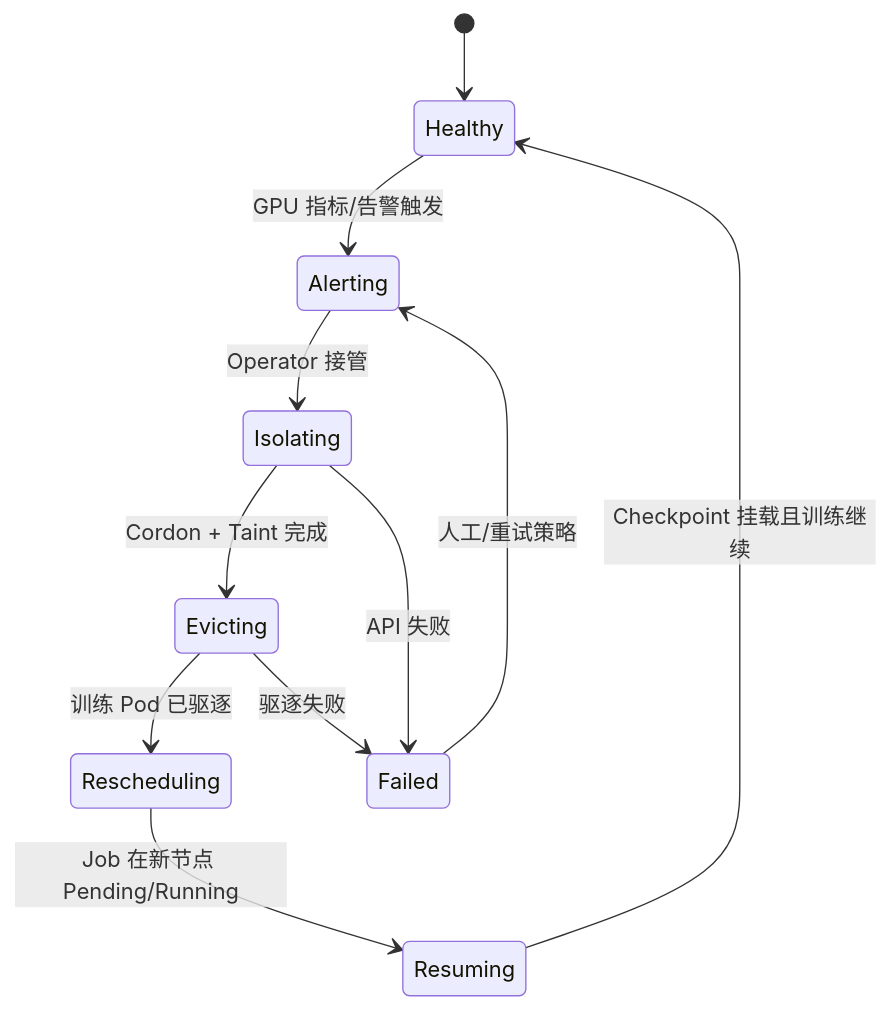
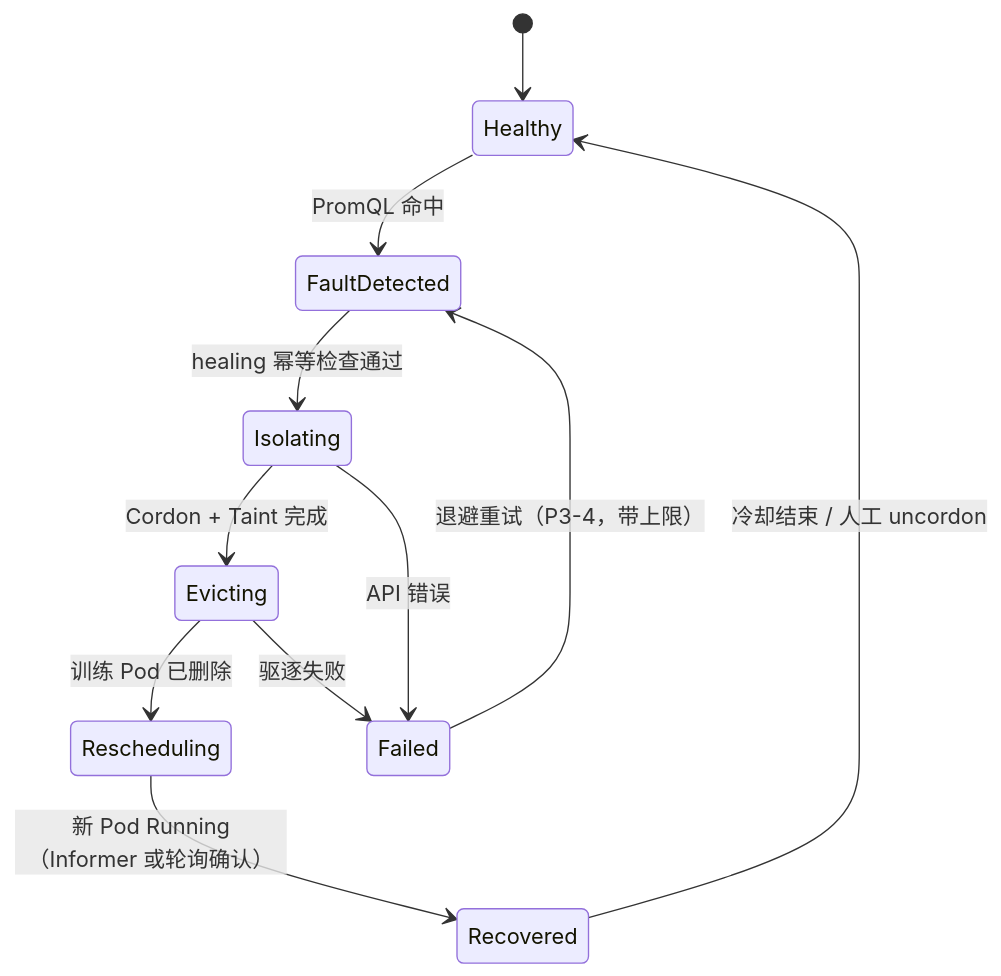
The second of 2 diagrams in 项目计划.md (22-7-co/AI-k8s-Platform), drawn with Mermaid before and after one commit. The commit also changed other lines of this file and 1 other file, not shown here.

````diff
--- a/项目计划.md
+++ b/项目计划.md
@@ -101,13 +131,13 @@
 ```mermaid
 stateDiagram-v2
   [*] --> Healthy
-  Healthy --> Alerting: GPU 指标/告警触发
-  Alerting --> Isolating: Operator 接管
+  Healthy --> FaultDetected: PromQL 命中
+  FaultDetected --> Isolating: healing 幂等检查通过
   Isolating --> Evicting: Cordon + Taint 完成
-  Evicting --> Rescheduling: 训练 Pod 已驱逐
-  Rescheduling --> Resuming: Job 在新节点 Pending/Running
-  Resuming --> Healthy: Checkpoint 挂载且训练继续
-  Isolating --> Failed: API 失败
+  Evicting --> Rescheduling: 训练 Pod 已删除
+  Rescheduling --> Recovered: 新 Pod Running（Informer 或轮询确认）
+  Recovered --> Healthy: 冷却结束 / 人工 uncordon
+  Isolating --> Failed: API 错误
   Evicting --> Failed: 驱逐失败
-  Failed --> Alerting: 人工/重试策略
+  Failed --> FaultDetected: 退避重试（P3-4，带上限）
 ```
````
